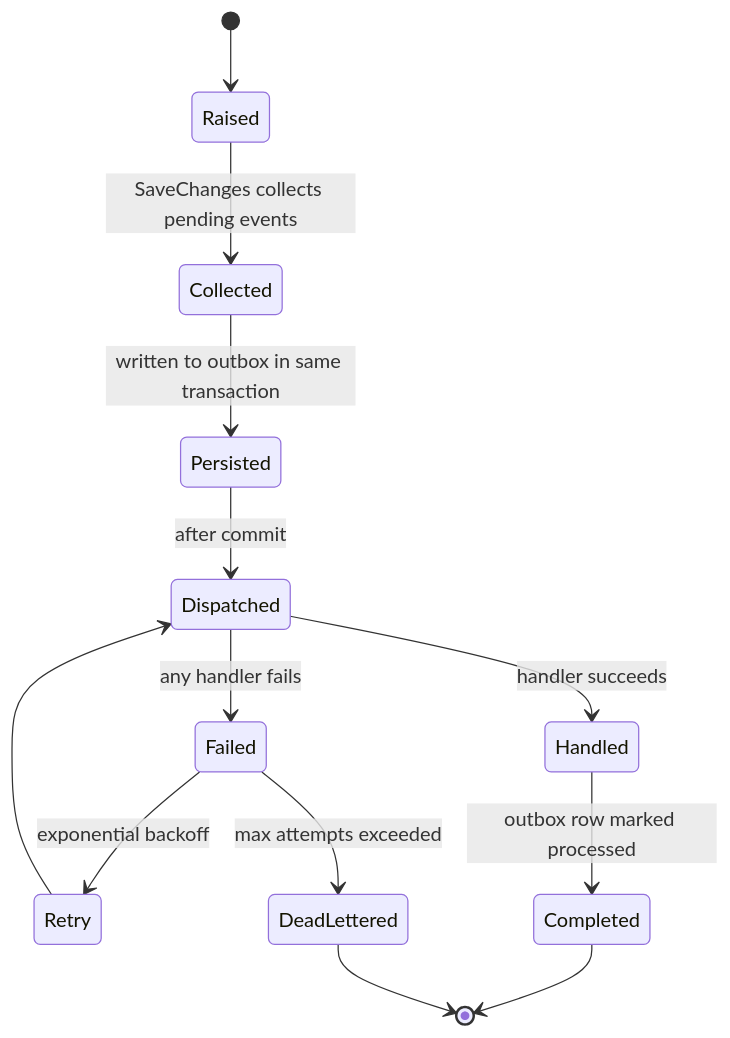
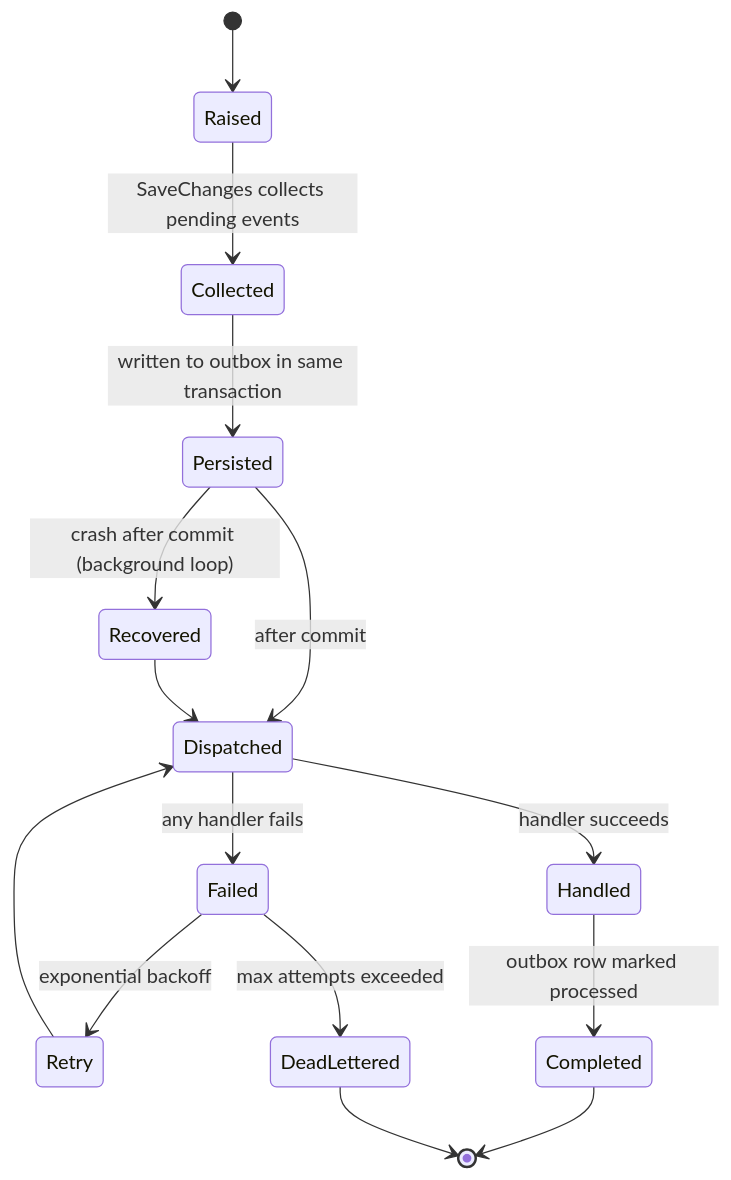
Before and after one commit to jb-coder/BSX.Platform: the first of 6 diagrams in docs/diagrams/domain-event-dispatch.md, drawn with Mermaid. The commit also changed other lines of this file and 101 other files, not shown here.

````diff
--- a/docs/diagrams/domain-event-dispatch.md
+++ b/docs/diagrams/domain-event-dispatch.md
@@ -9,15 +9,17 @@
 ```mermaid
 stateDiagram-v2
     [*] --> Raised
     Raised --> Collected: SaveChanges collects pending events
     Collected --> Persisted: written to outbox in same transaction
     Persisted --> Dispatched: after commit
     Dispatched --> Handled: handler succeeds
     Dispatched --> Failed: any handler fails
     Failed --> Retry: exponential backoff
     Retry --> Dispatched
+    Persisted --> Recovered: crash after commit (background loop)
+    Recovered --> Dispatched
     Failed --> DeadLettered: max attempts exceeded
     Handled --> Completed: outbox row marked processed
     Completed --> [*]
     DeadLettered --> [*]
 ```
````
